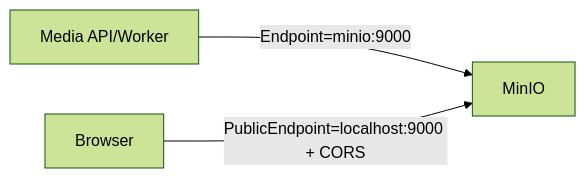
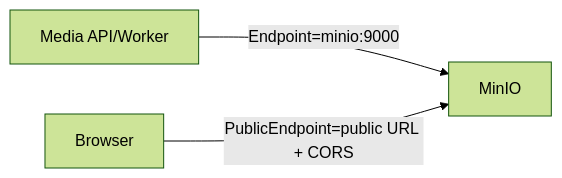
One commit to Minhduc7904/MiniProjectTrainingKaopiz changed the diagram in ducnm3/docs/guide/docker-compose.md. Above: the diagram before and after it, drawn with Mermaid (forest theme). The commit also changed other lines of this file and 7 other files, not shown here.

````diff
--- a/ducnm3/docs/guide/docker-compose.md
+++ b/ducnm3/docs/guide/docker-compose.md
@@ -152,5 +154,5 @@
 ```mermaid
 flowchart LR
   API[Media API/Worker] -->|Endpoint=minio:9000| MinIO
-  Browser -->|PublicEndpoint=localhost:9000 + CORS| MinIO
+  Browser -->|PublicEndpoint=public URL + CORS| MinIO
 ```
````
